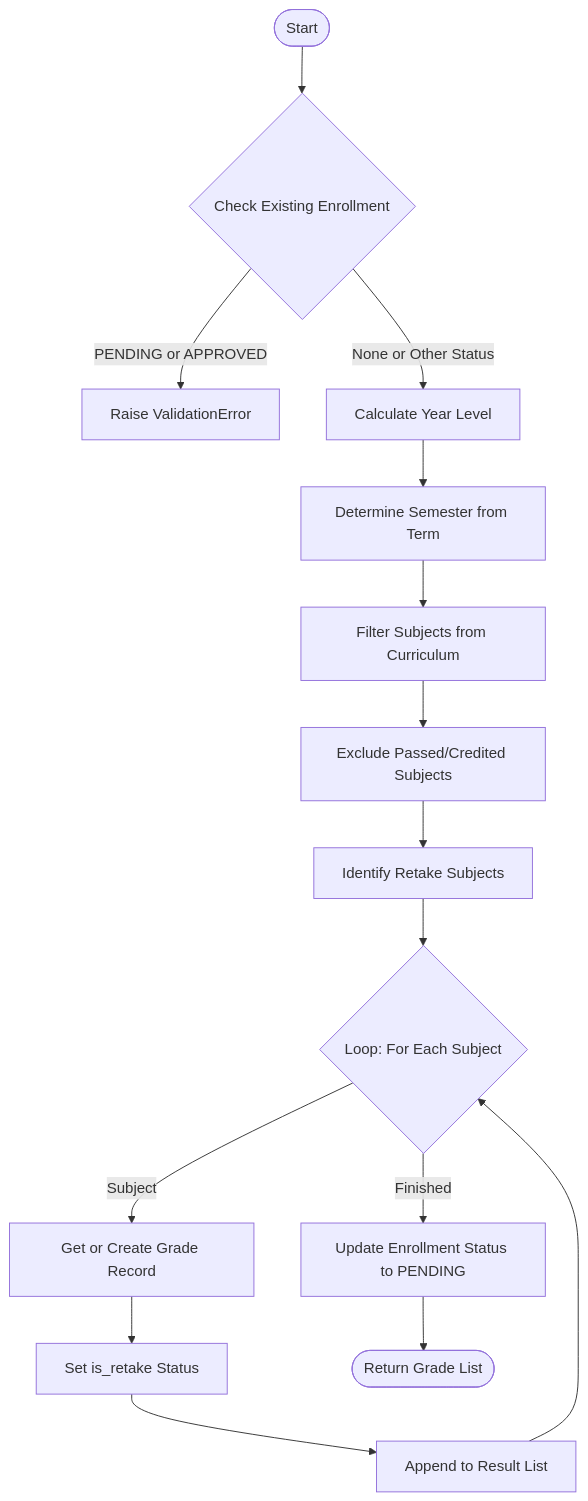
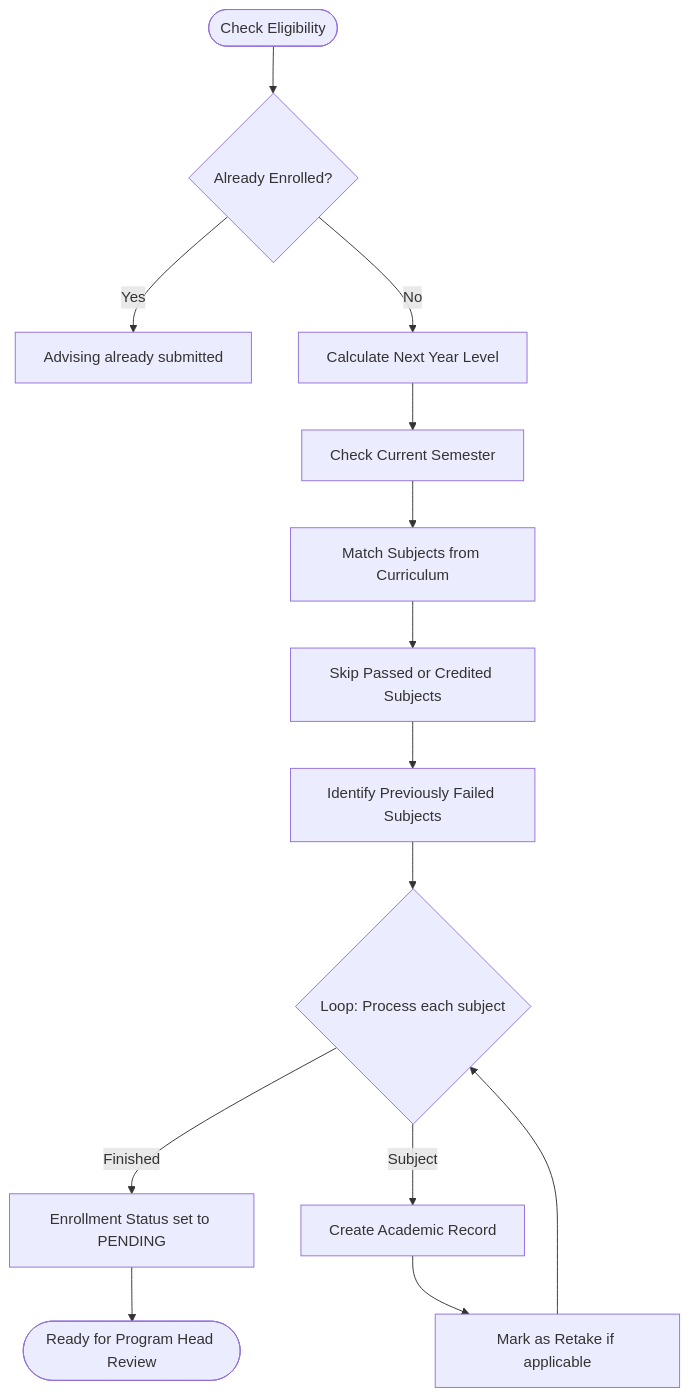
Before and after one commit to property360-2/richwell-potal: the diagram in docs/flowcharts/auto-advise-regular.md, drawn with Mermaid. The commit also changed other lines of this file and 18 other files, not shown here.

Commit message:
added more flowcharts

````diff
--- a/docs/flowcharts/auto-advise-regular.md
+++ b/docs/flowcharts/auto-advise-regular.md
@@ -3,22 +5,21 @@
 ```mermaid
 graph TD
-    Start([Start]) --> CheckEnrollment{Check Existing Enrollment}
-    CheckEnrollment -- "PENDING or APPROVED" --> RaiseError[Raise ValidationError]
-    CheckEnrollment -- "None or Other Status" --> GetYearLevel[Calculate Year Level]
+    Start([Check Eligibility]) --> CurrentEnrollment{Already Enrolled?}
+    CurrentEnrollment -- "Yes" --> ShowError[Advising already submitted]
+    CurrentEnrollment -- "No" --> CalcStatus[Calculate Next Year Level]
     
-    GetYearLevel --> GetSemester[Determine Semester from Term]
-    GetSemester --> GetSubjects[Filter Subjects from Curriculum]
+    CalcStatus --> GetSem[Check Current Semester]
+    GetSem --> MatchSubjects[Match Subjects from Curriculum]
     
-    GetSubjects --> ExcludePassed[Exclude Passed/Credited Subjects]
-    ExcludePassed --> DetectRetakes[Identify Retake Subjects]
+    MatchSubjects --> FilterPassed[Skip Passed or Credited Subjects]
+    FilterPassed --> IdentifyRetakes[Identify Previously Failed Subjects]
     
-    DetectRetakes --> LoopStart{Loop: For Each Subject}
-    LoopStart -- "Finished" --> UpdateEnrollment[Update Enrollment Status to PENDING]
-    LoopStart -- "Subject" --> GetOrCreateGrade[Get or Create Grade Record]
+    IdentifyRetakes --> LoopSubjects{Loop: Process each subject}
+    LoopSubjects -- "Finished" --> SetPending[Enrollment Status set to PENDING]
+    LoopSubjects -- "Subject" --> CreateGrade[Create Academic Record]
     
-    GetOrCreateGrade --> SetRetake[Set is_retake Status]
-    SetRetake --> AppendGrade[Append to Result List]
-    AppendGrade --> LoopStart
+    CreateGrade --> SetRetakeFlag[Mark as Retake if applicable]
+    SetRetakeFlag --> LoopSubjects
     
-    UpdateEnrollment --> End([Return Grade List])
+    SetPending --> End([Ready for Program Head Review])
 ```
````
